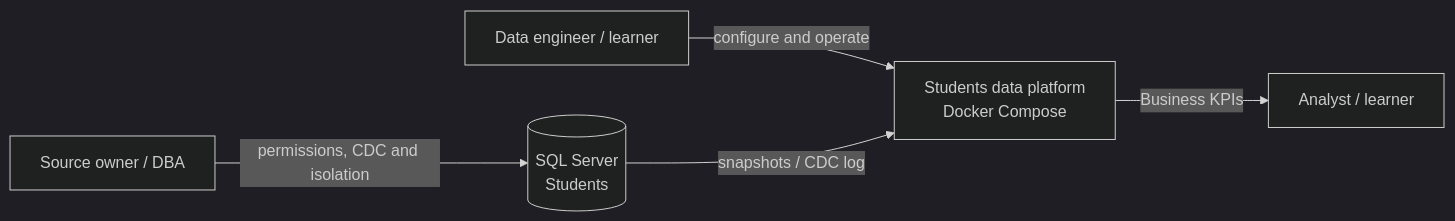
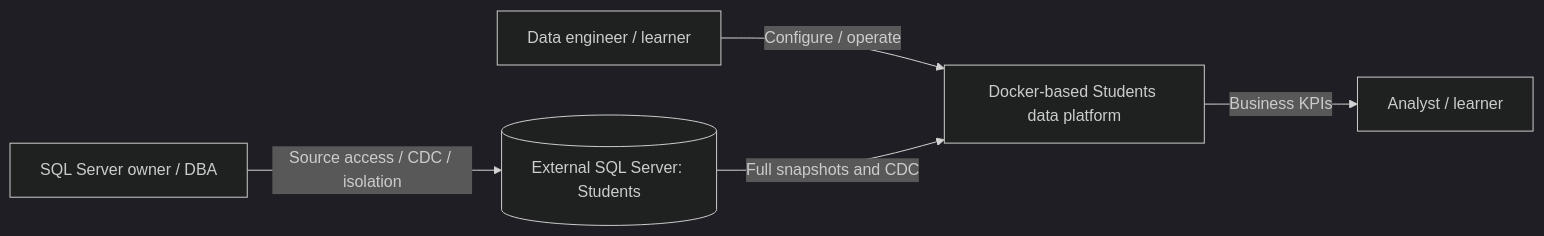
One commit to pzolfaghari72/students-data-engineering-platform changed the first of 3 diagrams in docs/02-architecture/diagrams/system-context.md. Above: the diagram before and after it, drawn with Mermaid (dark theme). The commit also changed other lines of this file and 41 other files, not shown here.

````diff
--- a/docs/02-architecture/diagrams/system-context.md
+++ b/docs/02-architecture/diagrams/system-context.md
@@ -9,12 +7,12 @@
 ```mermaid
 flowchart LR
-    Owner["Source owner / DBA"]
+    Owner["SQL Server owner / DBA"]
     Engineer["Data engineer / learner"]
-    Source[("SQL Server<br/>Students")]
-    Platform["Students data platform<br/>Docker Compose"]
-    BI["Analyst / learner"]
-    Owner -->|"permissions, CDC and isolation"| Source
-    Engineer -->|"configure and operate"| Platform
-    Source -->|"snapshots / CDC log"| Platform
-    Platform -->|"Business KPIs"| BI
+    Source[("External SQL Server: Students")]
+    Platform["Docker-based Students data platform"]
+    Analyst["Analyst / learner"]
+    Owner -->|"Source access / CDC / isolation"| Source
+    Engineer -->|"Configure / operate"| Platform
+    Source -->|"Full snapshots and CDC"| Platform
+    Platform -->|"Business KPIs"| Analyst
 ```
````
